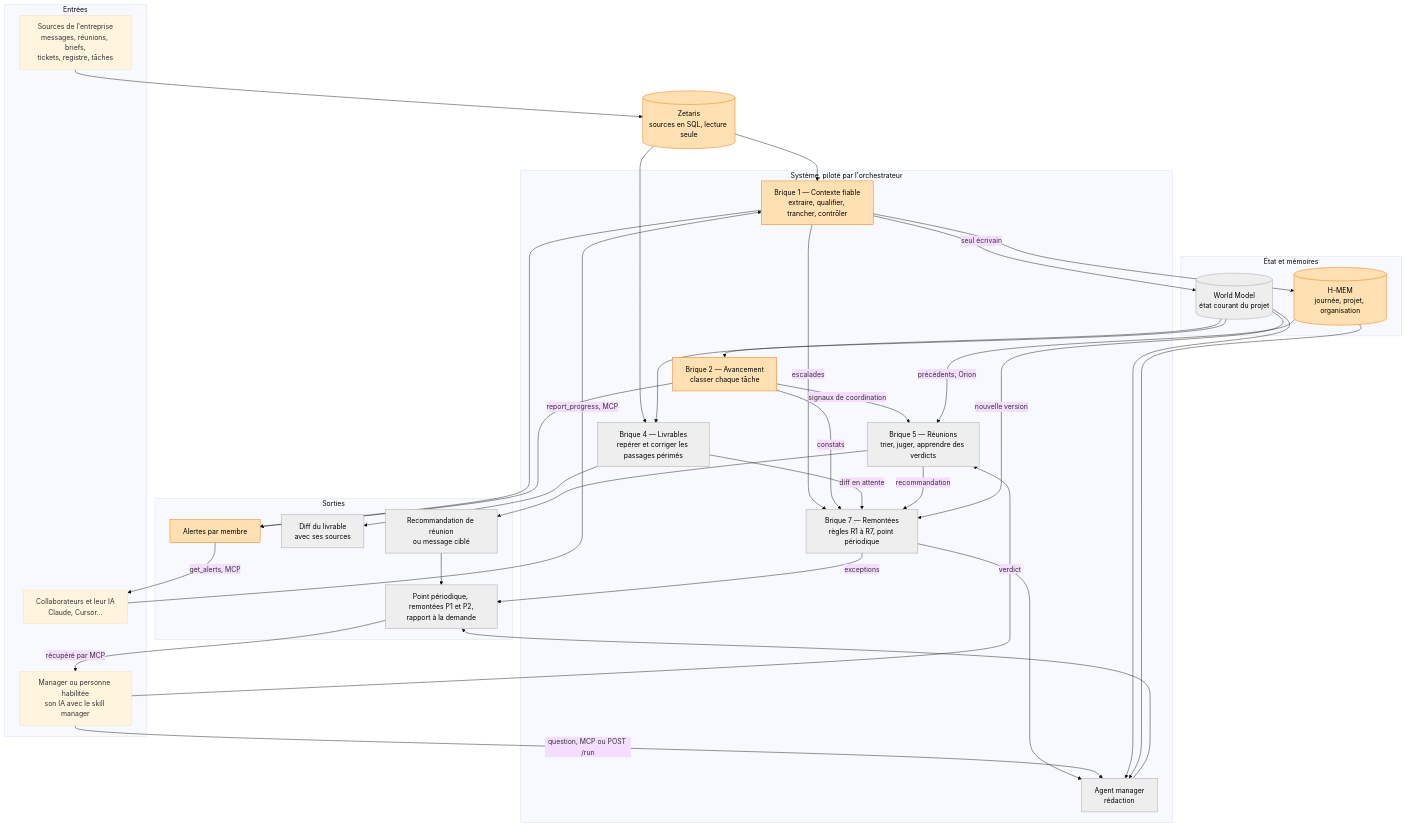
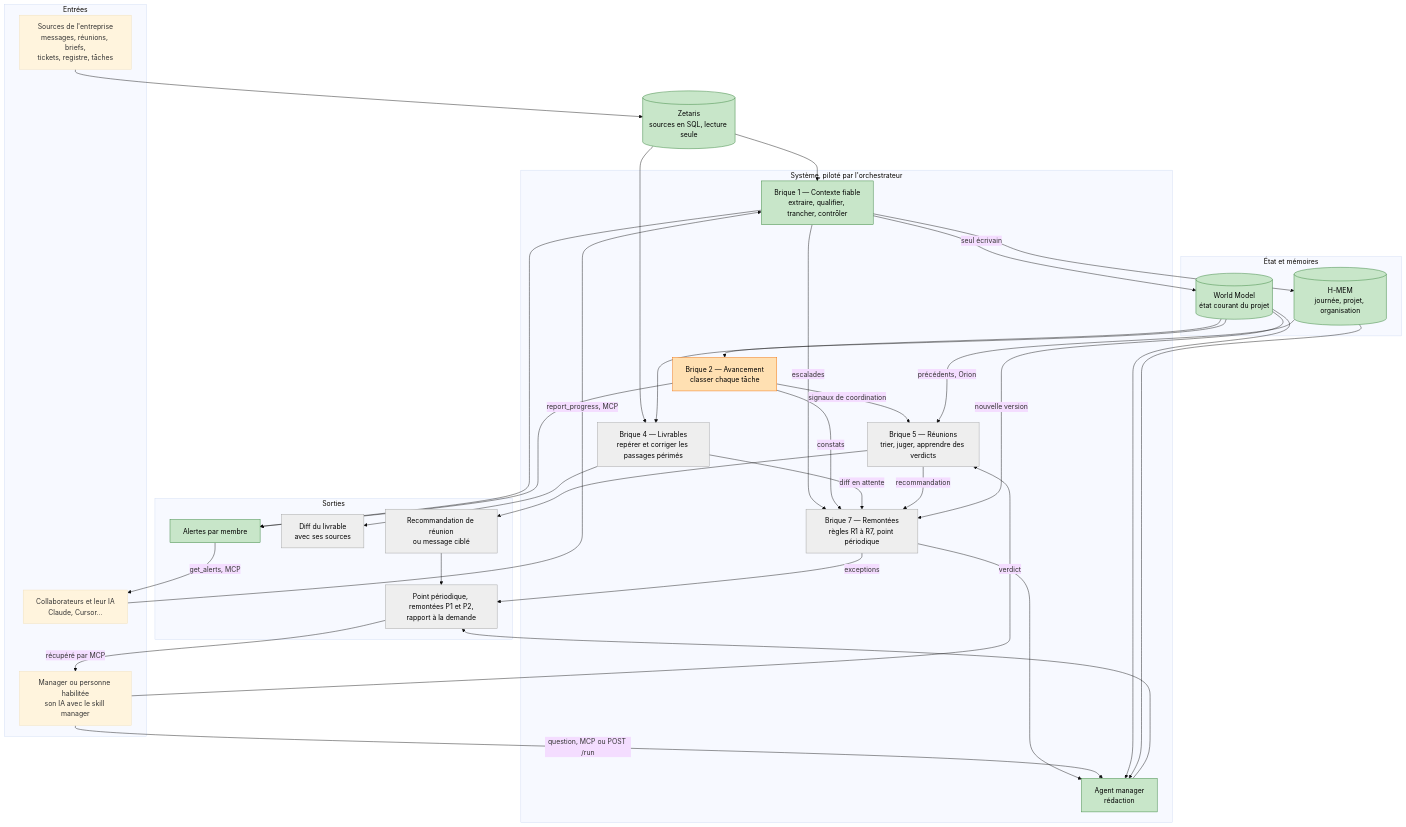
Before and after one commit to abouchet109-del/Hackathon-GenAI-public: the first of 3 diagrams in docs/architecture.md, drawn with Mermaid (base theme). The commit also changed other lines of this file and 5 other files, not shown here.

````diff
--- a/docs/architecture.md
+++ b/docs/architecture.md
@@ -15,67 +15,68 @@
 ```mermaid
 flowchart TD
   subgraph IN["Entrées"]
     SRC["Sources de l'entreprise<br/>messages, réunions, briefs,<br/>tickets, registre, tâches"]
     COL["Collaborateurs et leur IA<br/>Claude, Cursor..."]
     MAN["Manager ou personne habilitée<br/>son IA avec le skill manager"]
   end
 
   ZET[("Zetaris<br/>sources en SQL, lecture seule")]
 
   subgraph SYS["Système, piloté par l'orchestrateur"]
     B1["Brique 1 — Contexte fiable<br/>extraire, qualifier, trancher, contrôler"]
     B2["Brique 2 — Avancement<br/>classer chaque tâche"]
     B4["Brique 4 — Livrables<br/>repérer et corriger les passages périmés"]
     B5["Brique 5 — Réunions<br/>trier, juger, apprendre des verdicts"]
     B7["Brique 7 — Remontées<br/>règles R1 à R7, point périodique"]
     AM["Agent manager<br/>rédaction"]
   end
 
   subgraph MEM["État et mémoires"]
     WM[("World Model<br/>état courant du projet")]
     HM[("H-MEM<br/>journée, projet, organisation")]
   end
 
   subgraph OUT["Sorties"]
     AL["Alertes par membre"]
     DIFF["Diff du livrable<br/>avec ses sources"]
     REC["Recommandation de réunion<br/>ou message ciblé"]
     REP["Point périodique, remontées P1 et P2,<br/>rapport à la demande"]
   end
 
   SRC --> ZET
   ZET --> B1
   ZET --> B4
   COL -->|"report_progress, MCP"| B1
   B1 -->|"seul écrivain"| WM
   B1 --> HM
   WM --> B2
   WM --> B4
   B2 -->|"signaux de coordination"| B5
   HM -->|"précédents, Orion"| B5
   B1 --> AL
   B2 --> AL
   B4 --> DIFF
   B5 --> REC
   AL -->|"get_alerts, MCP"| COL
   B1 -->|"escalades"| B7
   B2 -->|"constats"| B7
   B4 -->|"diff en attente"| B7
   B5 -->|"recommandation"| B7
   WM -->|"nouvelle version"| B7
   B7 --> AM
   MAN -->|"verdict"| B5
   MAN -->|"question, MCP ou POST /run"| AM
   WM --> AM
   HM --> AM
   AM --> REP
   B7 -->|"exceptions"| REP
   REP -->|"récupéré par MCP"| MAN
   REC --> REP
 
   classDef done fill:#c8e6c9,stroke:#2e7d32,color:#000
   classDef partial fill:#ffe0b2,stroke:#ef6c00,color:#000
   classDef todo fill:#eeeeee,stroke:#9e9e9e,color:#000
-  class B1,B2,AL,ZET,HM partial
-  class B4,B5,B7,AM,WM,DIFF,REC,REP todo
+  class B1,AL,ZET,HM,WM,AM done
+  class B2 partial
+  class B4,B5,B7,DIFF,REC,REP todo
 ```
````
